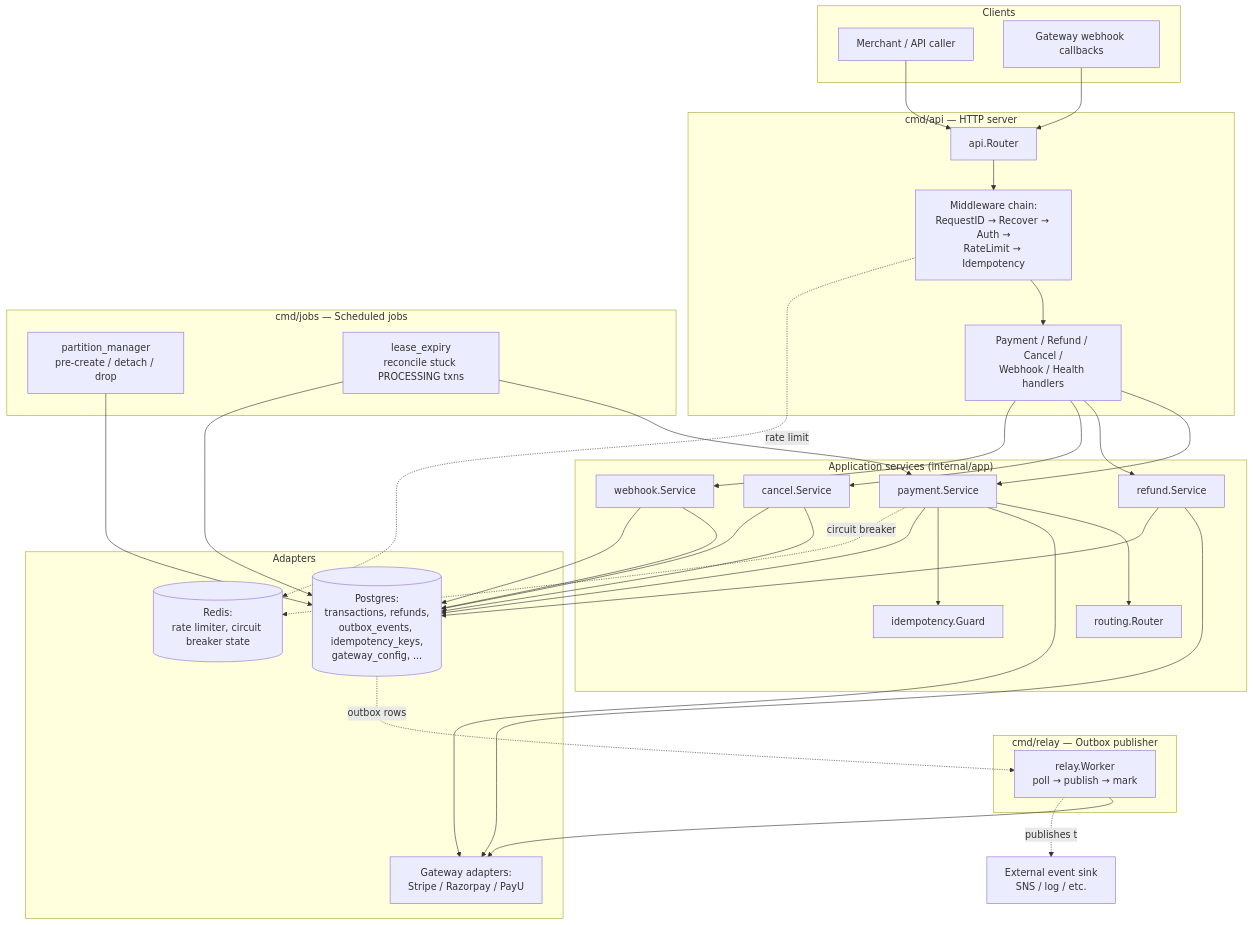
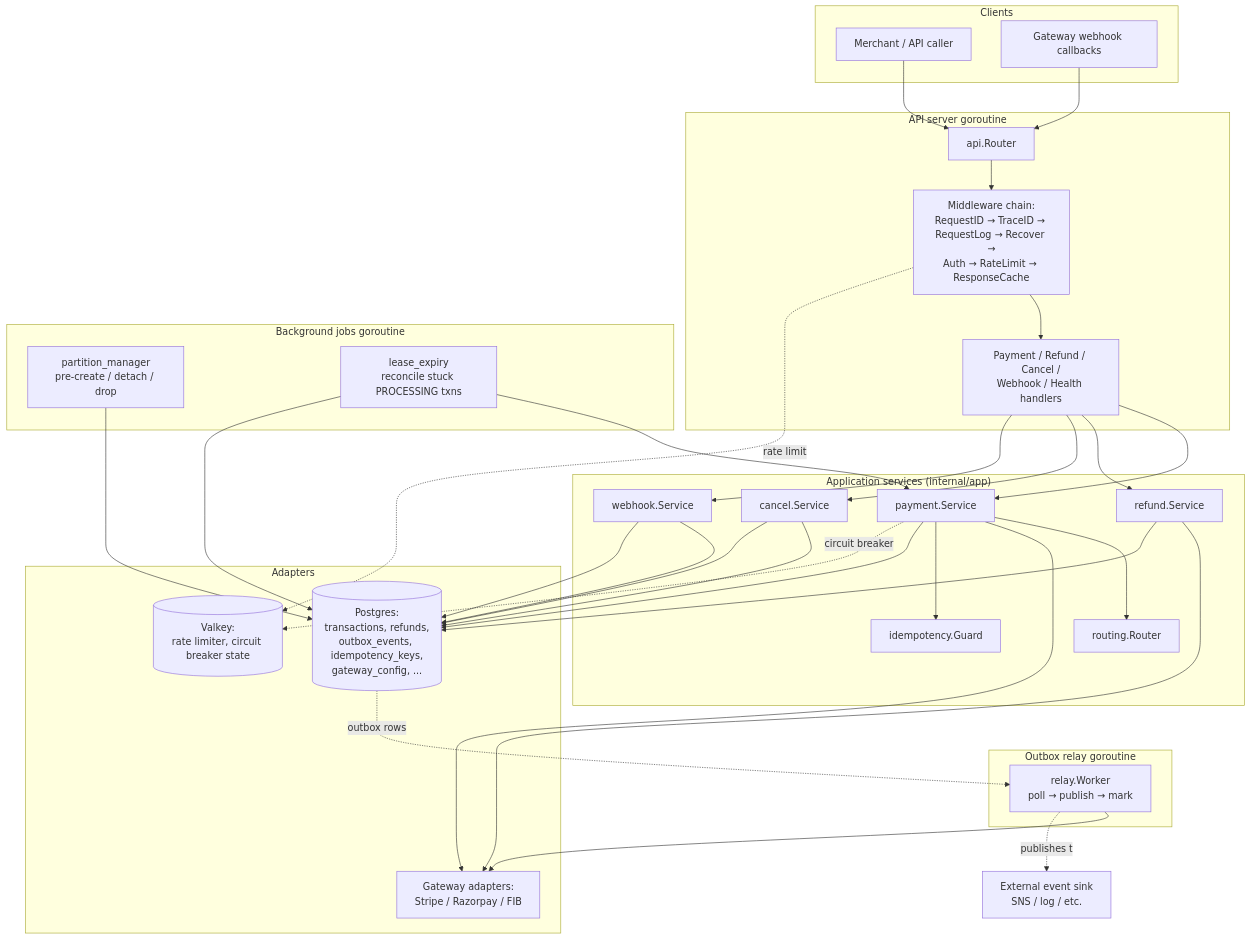
Before and after one commit to flyluman/payment-service: the first of 10 diagrams in README.md, drawn with Mermaid. The commit also changed other lines of this file and 246 other files, not shown here.

Commit message:
feat: multitenant payments, FIB, hosted checkout, and unified server binary

````diff
--- a/README.md
+++ b/README.md
@@ -62,61 +64,61 @@
 ```mermaid
 flowchart TB
     subgraph Clients
         Merchant[Merchant / API caller]
         GatewayCB[Gateway webhook callbacks]
     end
 
-    subgraph "cmd/api — HTTP server"
+    subgraph "API server goroutine"
         Router[api.Router]
-        MW[Middleware chain:<br/>RequestID → Recover → Auth →<br/>RateLimit → Idempotency]
+        MW[Middleware chain:<br/>RequestID → TraceID → RequestLog → Recover →<br/>Auth → RateLimit → ResponseCache]
         Handlers[Payment / Refund / Cancel /<br/>Webhook / Health handlers]
     end
 
-    subgraph "cmd/relay — Outbox publisher"
+    subgraph "Outbox relay goroutine"
         RelayWorker[relay.Worker<br/>poll → publish → mark]
     end
 
-    subgraph "cmd/jobs — Scheduled jobs"
+    subgraph "Background jobs goroutine"
         PartitionMgr[partition_manager<br/>pre-create / detach / drop]
         LeaseReaper[lease_expiry<br/>reconcile stuck PROCESSING txns]
     end
 
     subgraph "Application services (internal/app)"
         PaymentSvc[payment.Service]
         RefundSvc[refund.Service]
         CancelSvc[cancel.Service]
         WebhookSvc[webhook.Service]
         RouterSvc[routing.Router]
         IdemGuard[idempotency.Guard]
     end
 
     subgraph "Adapters"
         PG[(Postgres:<br/>transactions, refunds,<br/>outbox_events, idempotency_keys,<br/>gateway_config, ...)]
-        Redis[(Redis:<br/>rate limiter, circuit breaker state)]
-        Gateways[Gateway adapters:<br/>Stripe / Razorpay / PayU]
+        Valkey[(Valkey:<br/>rate limiter, circuit breaker state)]
+        Gateways[Gateway adapters:<br/>Stripe / Razorpay / FIB]
     end
 
     Merchant --> Router
     GatewayCB --> Router
     Router --> MW --> Handlers
     Handlers --> PaymentSvc & RefundSvc & CancelSvc & WebhookSvc
 
     PaymentSvc --> RouterSvc
     PaymentSvc --> Gateways
     PaymentSvc --> IdemGuard
     RefundSvc --> Gateways
     CancelSvc --> PG
     WebhookSvc --> PG
 
     PaymentSvc & RefundSvc & CancelSvc & WebhookSvc --> PG
-    PaymentSvc -.circuit breaker.-> Redis
-    MW -.rate limit.-> Redis
+    PaymentSvc -.circuit breaker.-> Valkey
+    MW -.rate limit.-> Valkey
 
     PG -.outbox rows.-> RelayWorker
     RelayWorker --> Gateways
     RelayWorker -.publishes to.-> Downstream[External event sink<br/>SNS / log / etc.]
 
     PartitionMgr --> PG
     LeaseReaper --> PaymentSvc
     LeaseReaper --> PG
 ```
````
